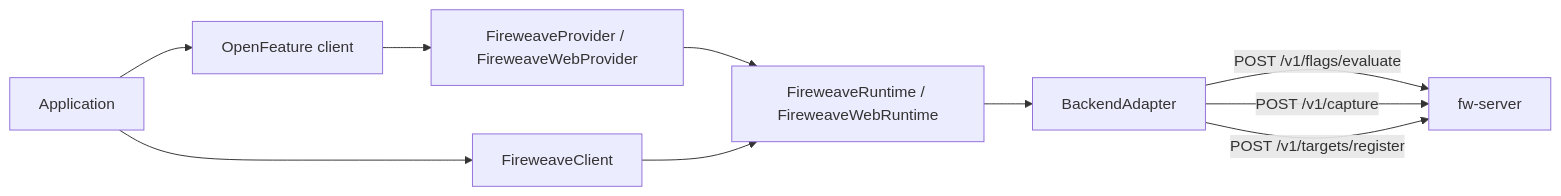
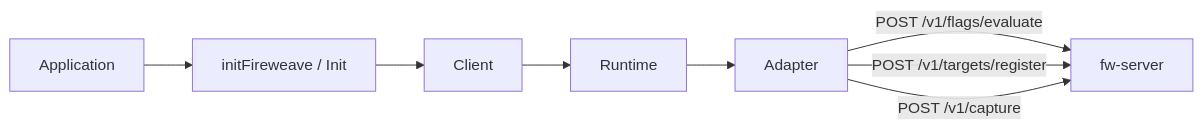
Before and after one commit to FireWeave-HQ/docs.fireweave.ai: the diagram in introduction/how-it-works.mdx, drawn with Mermaid. The commit also changed other lines of this file and 40 other files, not shown here.

````diff
--- a/introduction/how-it-works.mdx
+++ b/introduction/how-it-works.mdx
@@ -10,20 +12,17 @@
 ```mermaid
 flowchart LR
   App[Application]
-  OF[OpenFeature client]
-  Client[FireweaveClient]
-  Provider["FireweaveProvider / FireweaveWebProvider"]
-  Runtime["FireweaveRuntime / FireweaveWebRuntime"]
-  Adapter[BackendAdapter]
+  Init["initFireweave / Init"]
+  Client[Client]
+  Runtime[Runtime]
+  Adapter[Adapter]
   Server[fw-server]
 
-  App --> OF
-  App --> Client
-  OF --> Provider
-  Provider --> Runtime
+  App --> Init
+  Init --> Client
   Client --> Runtime
   Runtime --> Adapter
   Adapter -->|"POST /v1/flags/evaluate"| Server
+  Adapter -->|"POST /v1/targets/register"| Server
   Adapter -->|"POST /v1/capture"| Server
-  Adapter -->|"POST /v1/targets/register"| Server
 ```
````
